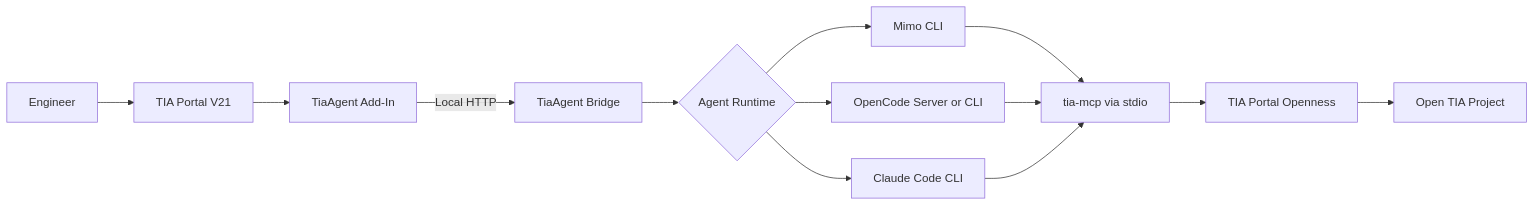
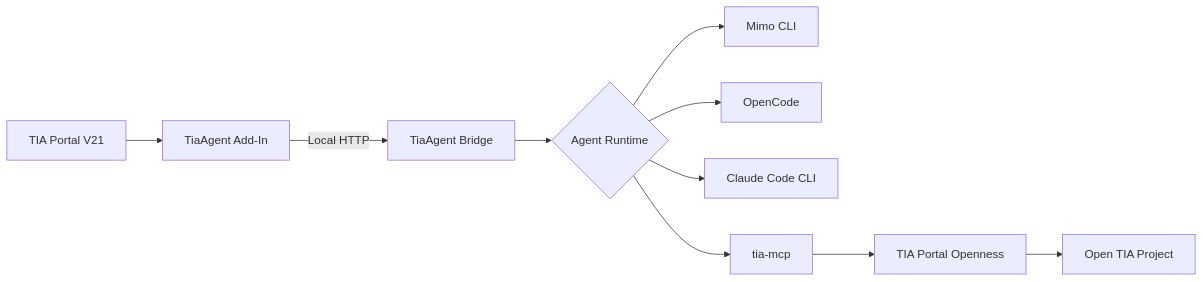
Before and after one commit to allanmarum/tia-portal-code-agent: the diagram in README.md, drawn with Mermaid. The commit also changed other lines of this file, not shown here.

````diff
--- a/README.md
+++ b/README.md
@@ -53,15 +26,12 @@
 ```mermaid
 flowchart LR
-    U[Engineer] --> TIA[TIA Portal V21]
-    TIA --> ADDIN[TiaAgent Add-In]
+    TIA[TIA Portal V21] --> ADDIN[TiaAgent Add-In]
     ADDIN -->|Local HTTP| BRIDGE[TiaAgent Bridge]
     BRIDGE --> RUNTIME{Agent Runtime}
     RUNTIME --> MIMO[Mimo CLI]
-    RUNTIME --> OPENCODE[OpenCode Server or CLI]
+    RUNTIME --> OPENCODE[OpenCode]
     RUNTIME --> CLAUDE[Claude Code CLI]
-    MIMO --> MCP[tia-mcp via stdio]
-    OPENCODE --> MCP
-    CLAUDE --> MCP
+    RUNTIME --> MCP[tia-mcp]
     MCP --> OPENNESS[TIA Portal Openness]
     OPENNESS --> PROJECT[Open TIA Project]
 ```
````
